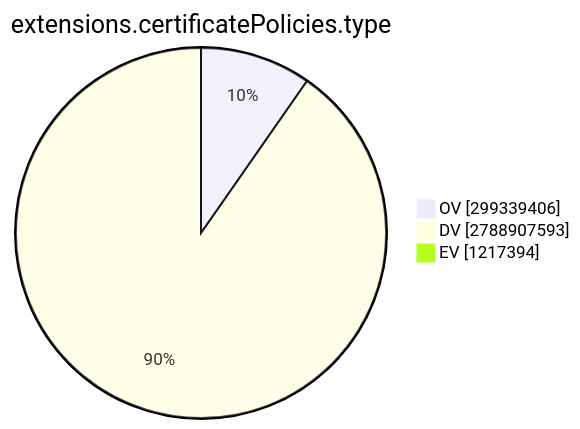
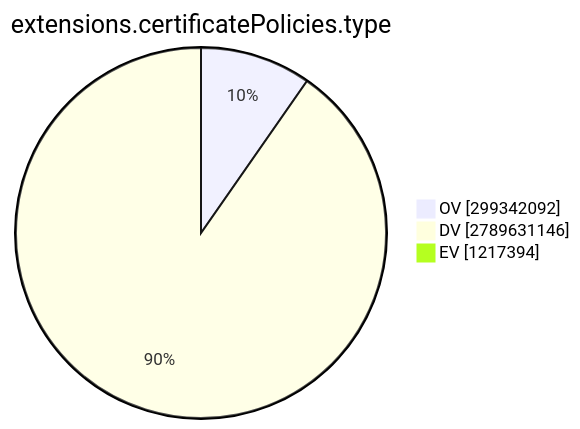
Before and after one commit to christiankrug/ctmonitor_visualization: the ninth of 15 diagrams in TOTAL/README.md, drawn with Mermaid. The commit also changed other lines of this file, not shown here.

````diff
--- a/TOTAL/README.md
+++ b/TOTAL/README.md
@@ -3101,7 +3101,7 @@
 ```mermaid
 pie showData
 title extensions.certificatePolicies.type
-"OV" :299339406
-"DV" :2788907593
+"OV" :299342092
+"DV" :2789631146
 "EV" :1217394
 ```
````
